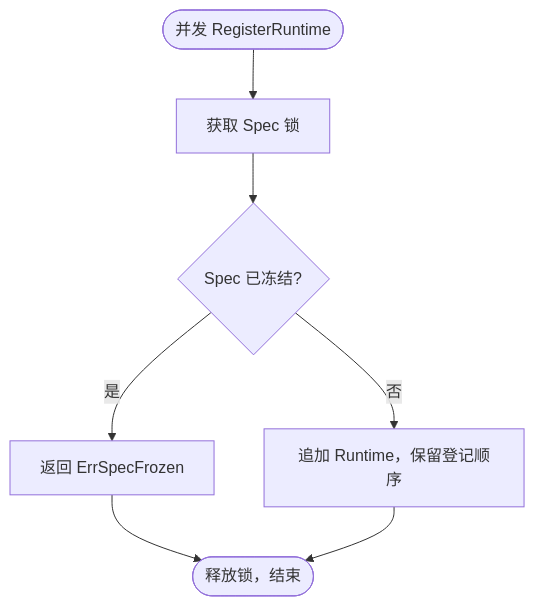
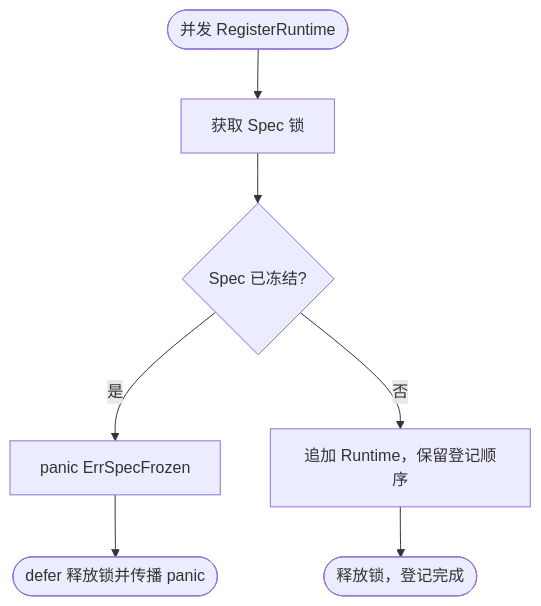
Before and after one commit to jaggerzhuang1994/kratos-foundation: the fourth of 8 diagrams in pkg/app/README.md, drawn with Mermaid. The commit also changed other lines of this file and 77 other files, not shown here.

Commit message:
refactor(bootstrap): 简化 Spec 蓝图组装与协议启用规则

````diff
--- a/pkg/app/README.md
+++ b/pkg/app/README.md
@@ -98,9 +100,9 @@
 ```mermaid
 flowchart TD
     A([并发 RegisterRuntime]) --> B[获取 Spec 锁]
     B --> C{Spec 已冻结?}
-    C -- 是 --> D[返回 ErrSpecFrozen]
+    C -- 是 --> D[panic ErrSpecFrozen]
     C -- 否 --> G[追加 Runtime，保留登记顺序]
-    D --> H([释放锁，结束])
-    G --> H
+    D --> P([defer 释放锁并传播 panic])
+    G --> H([释放锁，登记完成])
 ```
````
